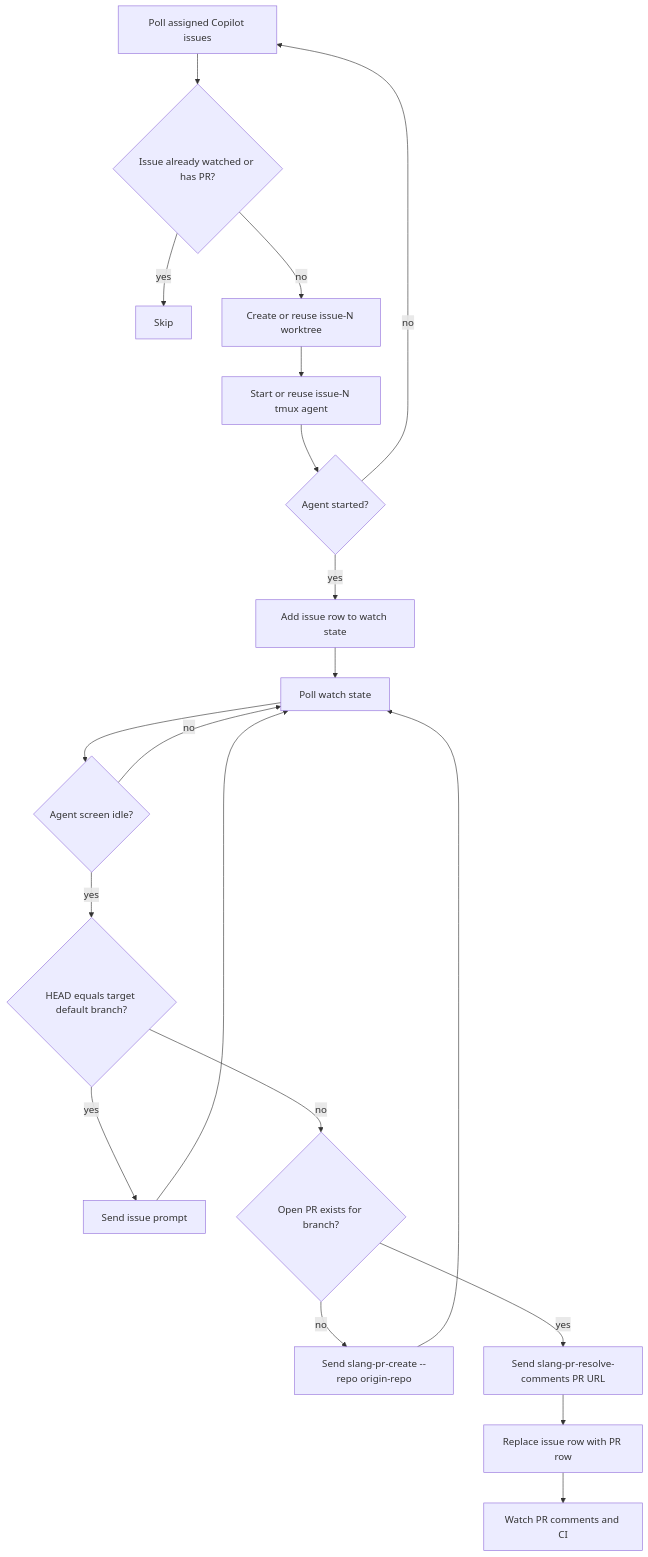
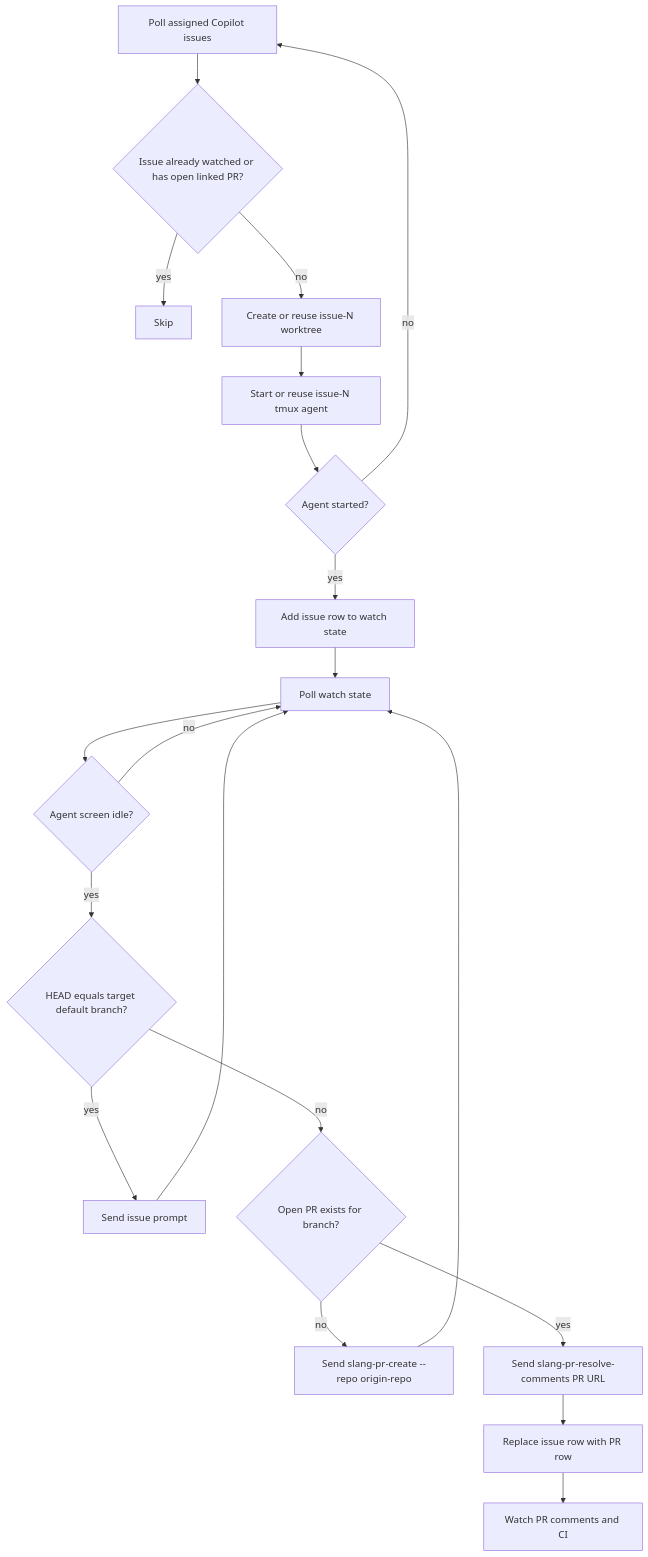
The first of 2 diagrams in extras/watch-github.md (jkwak-work/slang), drawn with Mermaid before and after one commit. The commit also changed other lines of this file and 1 other file, not shown here.

Commit message:
Ignore closed linked PRs in watcher discovery

````diff
--- a/extras/watch-github.md
+++ b/extras/watch-github.md
@@ -33,23 +33,23 @@
 ```mermaid
 flowchart TD
-    A[Poll assigned Copilot issues] --> B{Issue already watched or has PR?}
+    A[Poll assigned Copilot issues] --> B{Issue already watched or has open linked PR?}
     B -- yes --> Z[Skip]
     B -- no --> C[Create or reuse issue-N worktree]
     C --> D[Start or reuse issue-N tmux agent]
     D --> E{Agent started?}
     E -- no --> A
     E -- yes --> F[Add issue row to watch state]
 
     F --> G[Poll watch state]
     G --> H{Agent screen idle?}
     H -- no --> G
     H -- yes --> I{HEAD equals target default branch?}
     I -- yes --> J[Send issue prompt]
     J --> G
     I -- no --> K{Open PR exists for branch?}
     K -- no --> L[Send slang-pr-create --repo origin-repo]
     L --> G
     K -- yes --> M[Send slang-pr-resolve-comments PR URL]
     M --> N[Replace issue row with PR row]
     N --> O[Watch PR comments and CI]
 ```
````
